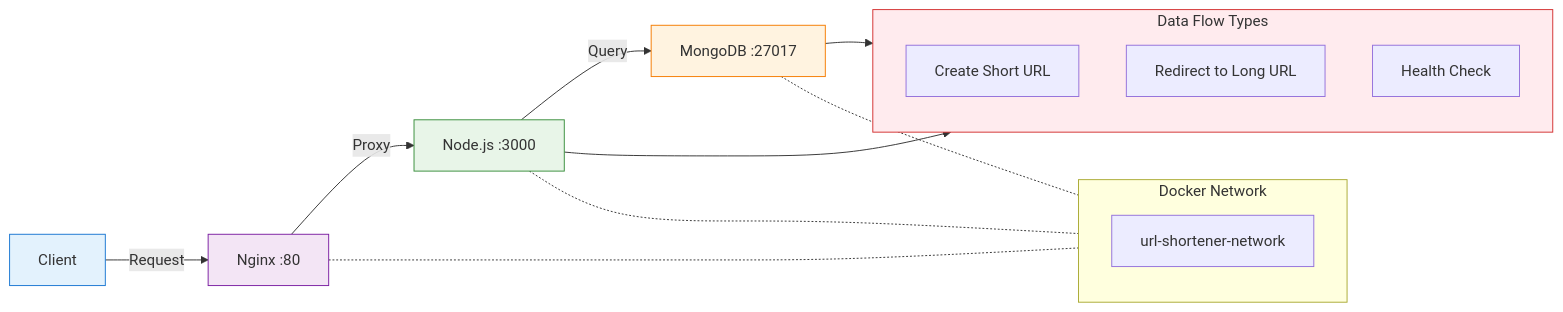
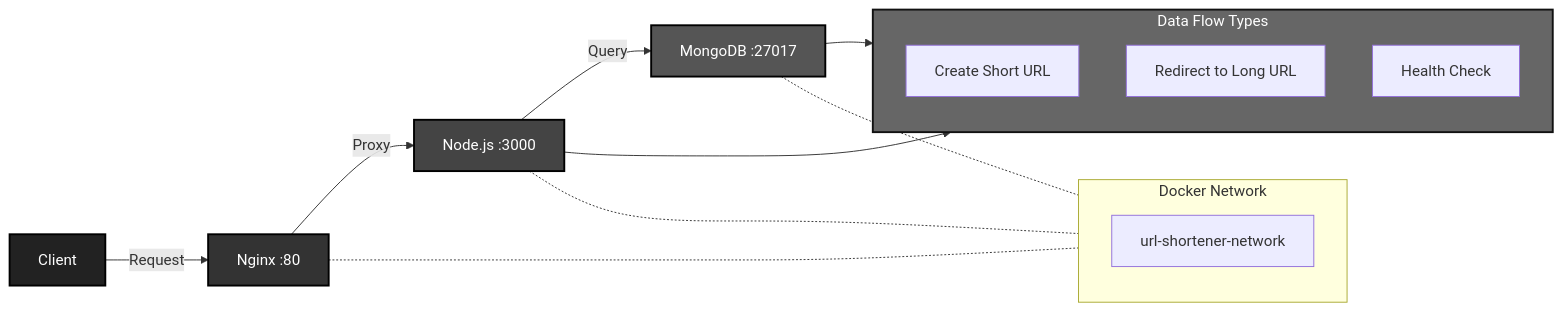
One commit to Shahriarin2garden/url-shortener-lab02-feature-nginx-layer changed the fourth of 13 diagrams in url-shortener-lab02-feature-nginx-layer/README.md. Above: the diagram before and after it, drawn with Mermaid. The commit also changed other lines of this file, not shown here.

First line of the commit message:
Revise diagram color styles for clarity

````diff
--- a/url-shortener-lab02-feature-nginx-layer/README.md
+++ b/url-shortener-lab02-feature-nginx-layer/README.md
@@ -141,29 +143,29 @@
 ```mermaid
 graph LR
     Client[Client] -->|Request| Nginx[Nginx :80]
     Nginx -->|Proxy| App[Node.js :3000]
     App -->|Query| DB[MongoDB :27017]
 
     subgraph Flow[Data Flow Types]
         Create[Create Short URL]
         Redirect[Redirect to Long URL]
         Health[Health Check]
     end
 
     subgraph Network[Docker Network]
         Bridge[url-shortener-network]
     end
 
     App --> Flow
     DB --> Flow
 
     Nginx -.- Network
     App -.- Network
     DB -.- Network
 
-    style Client fill:#e3f2fd,stroke:#1976d2
-    style Nginx fill:#f3e5f5,stroke:#7b1fa2
-    style App fill:#e8f5e8,stroke:#388e3c
-    style DB fill:#fff3e0,stroke:#f57c00
-    style Flow fill:#ffebee,stroke:#d32f2f
+    style Client fill:#222,stroke:#000,stroke-width:2px,color:#fff
+    style Nginx fill:#333,stroke:#000,stroke-width:2px,color:#fff
+    style App fill:#444,stroke:#000,stroke-width:2px,color:#fff
+    style DB fill:#555,stroke:#000,stroke-width:2px,color:#fff
+    style Flow fill:#666,stroke:#111,stroke-width:2px,color:#fff
 ```
````
